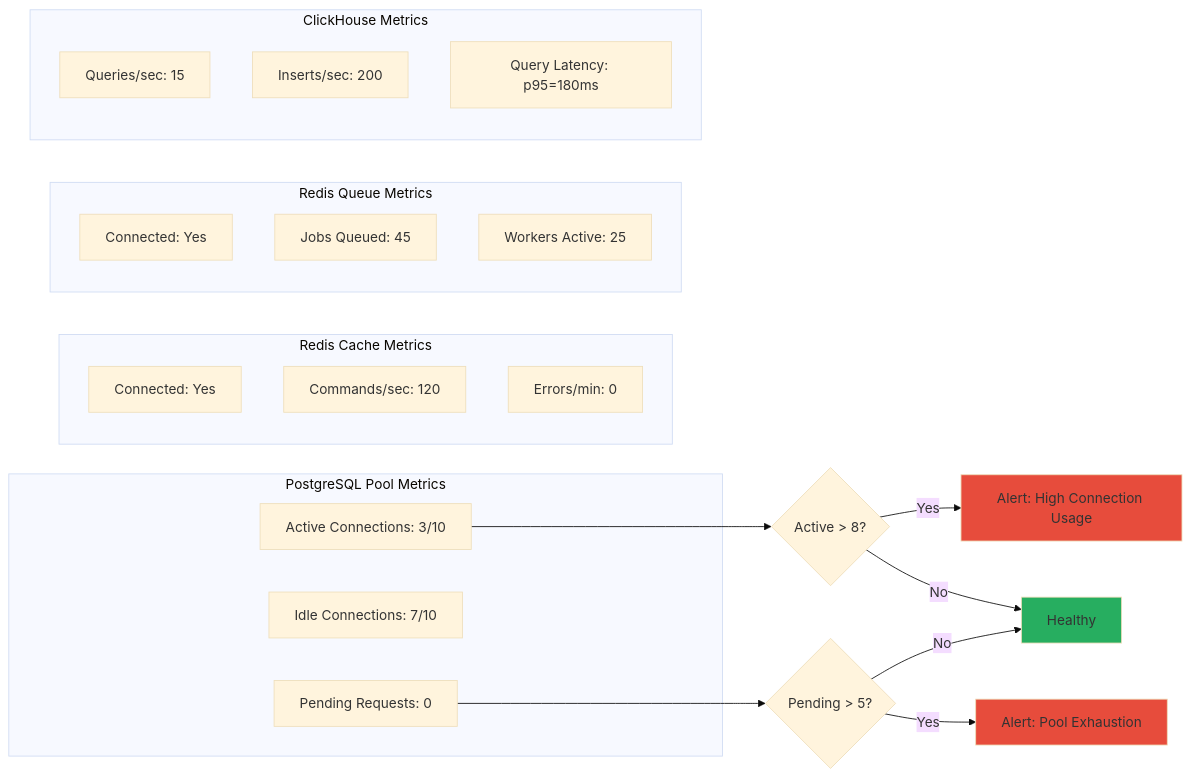
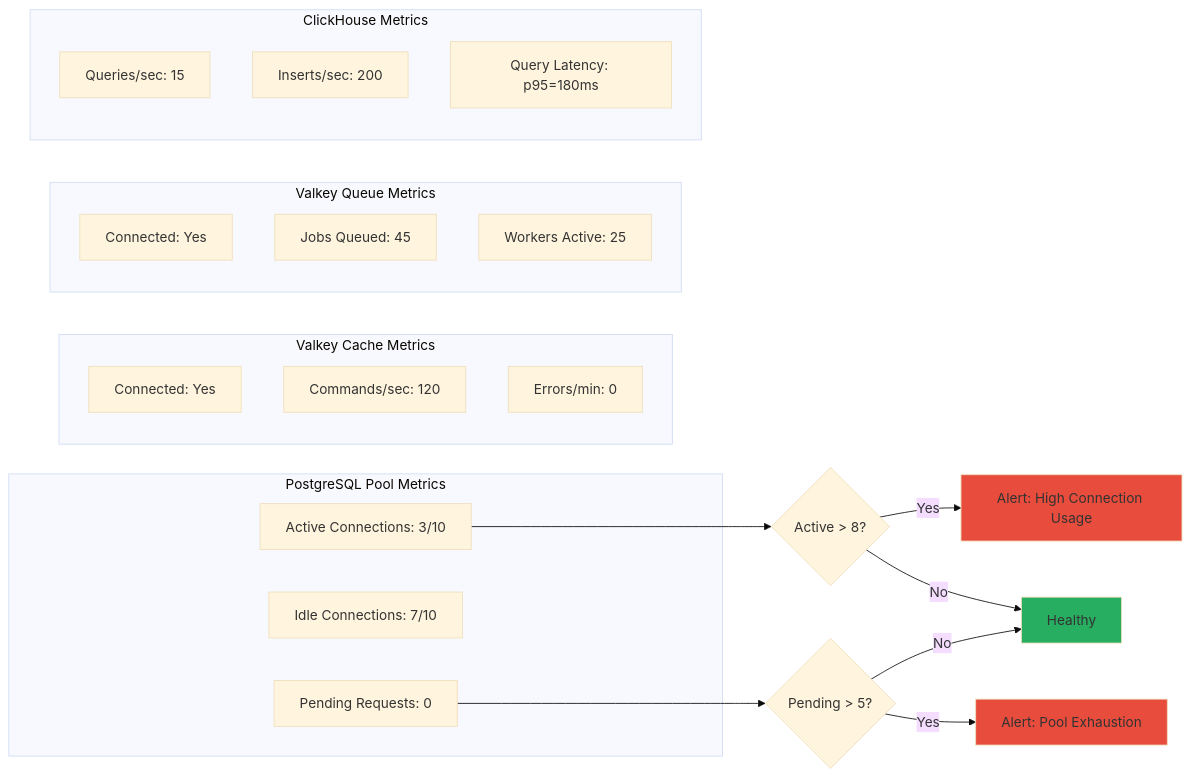
Before and after one commit to telemetryflow/telemetryflow-overview: diagram 34 of 54 in architecture/05-PERFORMANCE.md, drawn with Mermaid (base theme). The commit also changed other lines of this file and 23 other files, not shown here.

First line of the commit message:
docs: relabel Redis->Valkey in architecture/diagrams/prose (follow-up sweep)

````diff
--- a/architecture/05-PERFORMANCE.md
+++ b/architecture/05-PERFORMANCE.md
@@ -1314,38 +1314,38 @@
 ```mermaid
 graph LR
     subgraph "PostgreSQL Pool Metrics"
         A[Active Connections: 3/10]
         B[Idle Connections: 7/10]
         C[Pending Requests: 0]
     end
 
-    subgraph "Redis Cache Metrics"
+    subgraph "Valkey Cache Metrics"
         D[Connected: Yes]
         E[Commands/sec: 120]
         F[Errors/min: 0]
     end
 
-    subgraph "Redis Queue Metrics"
+    subgraph "Valkey Queue Metrics"
         G[Connected: Yes]
         H[Jobs Queued: 45]
         I[Workers Active: 25]
     end
 
     subgraph "ClickHouse Metrics"
         J[Queries/sec: 15]
         K[Inserts/sec: 200]
         L[Query Latency: p95=180ms]
     end
 
     A --> M{Active > 8?}
     M -->|Yes| N[Alert: High Connection Usage]
     M -->|No| O[Healthy]
 
     C --> P{Pending > 5?}
     P -->|Yes| Q[Alert: Pool Exhaustion]
     P -->|No| O
 
     style N fill:#e74c3c
     style Q fill:#e74c3c
     style O fill:#27ae60
 ```
````
